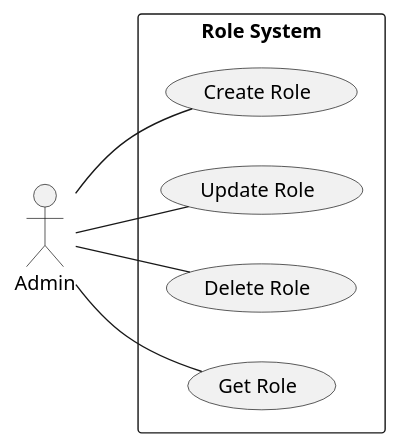
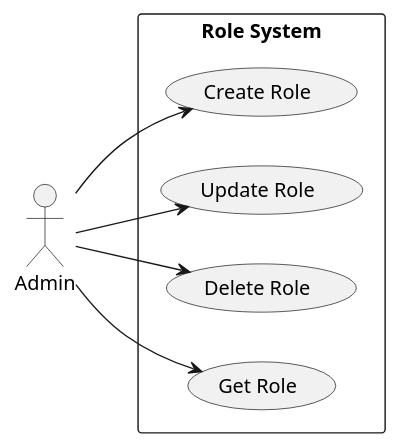
One commit to fwidjaya20/fazzlearning-uml changed the diagram in UseCase/Release01/RoleSubSystem.wsd. Above: the diagram before and after it, drawn with PlantUML. The commit also changed 8 other files, not shown here.

```diff
--- a/UseCase/Release01/RoleSubSystem.wsd
+++ b/UseCase/Release01/RoleSubSystem.wsd
@@ -1,15 +1,18 @@
 @startuml RoleSubSystem
 
 left to right direction
+
+skinparam Monochrome true
+skinparam Shadowing false
 skinparam packageStyle rectangle
 
 actor Admin
 
 rectangle "Role System" {
-    Admin -- (Create Role)
-    Admin -- (Update Role)
-    Admin -- (Delete Role)
-    Admin -- (Get Role)
+    Admin --> (Create Role)
+    Admin --> (Update Role)
+    Admin --> (Delete Role)
+    Admin --> (Get Role)
 }
 
 @enduml
```
